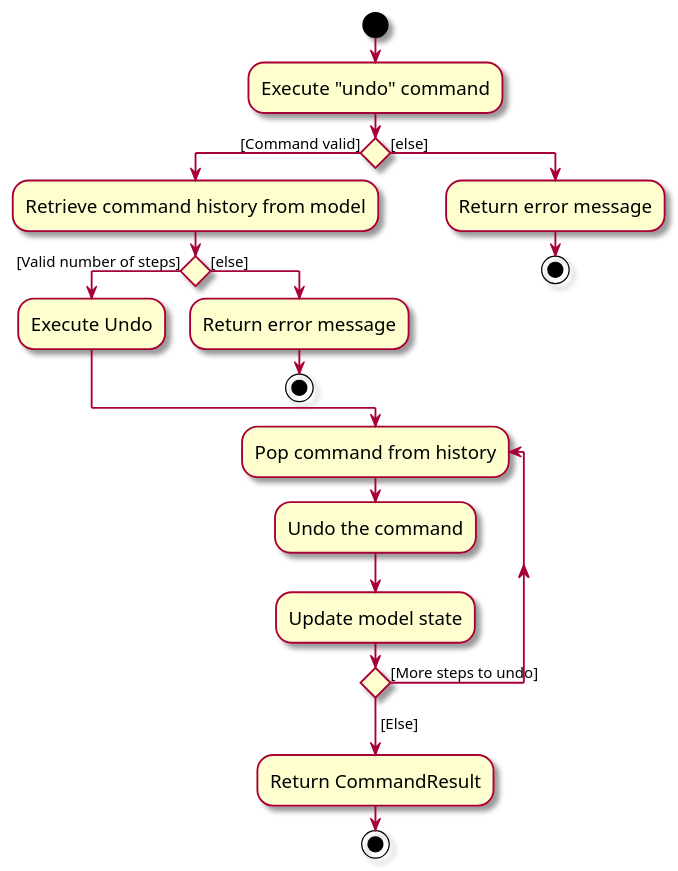
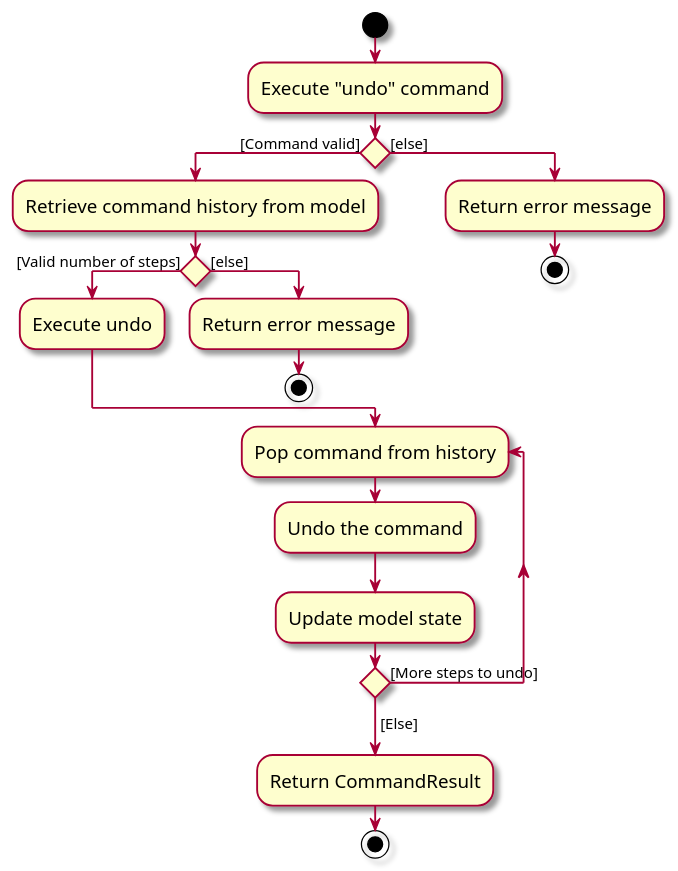
The diagram in docs/diagrams/UndoActivityDiagram.puml (nus-cs2103-AY2324S1/tp), drawn with PlantUML before and after one commit. The commit also changed 1 other file, not shown here.

```diff
--- a/docs/diagrams/UndoActivityDiagram.puml
+++ b/docs/diagrams/UndoActivityDiagram.puml
@@ -1,35 +1,32 @@
 @startuml
 skin rose
 skinparam ActivityFontSize 15
 skinparam ArrowFontSize 12
 
 
 start
 :Execute "undo" command;
 if () then ([Command valid])
   :Retrieve command history from model;
   if () then ([Valid number of steps])
-    :Execute Undo;
+    :Execute undo;
   else ([else])
     :Return error message;
     stop
   endif
 else ([else])
   :Return error message;
   stop
 endif
 
 repeat :Pop command from history;
 :Undo the command;
 :Update model state;
 
 repeat while () is ([More steps to undo])
 -> [Else];
 
 :Return CommandResult;
   stop
 
-
-
-
 @enduml
```
